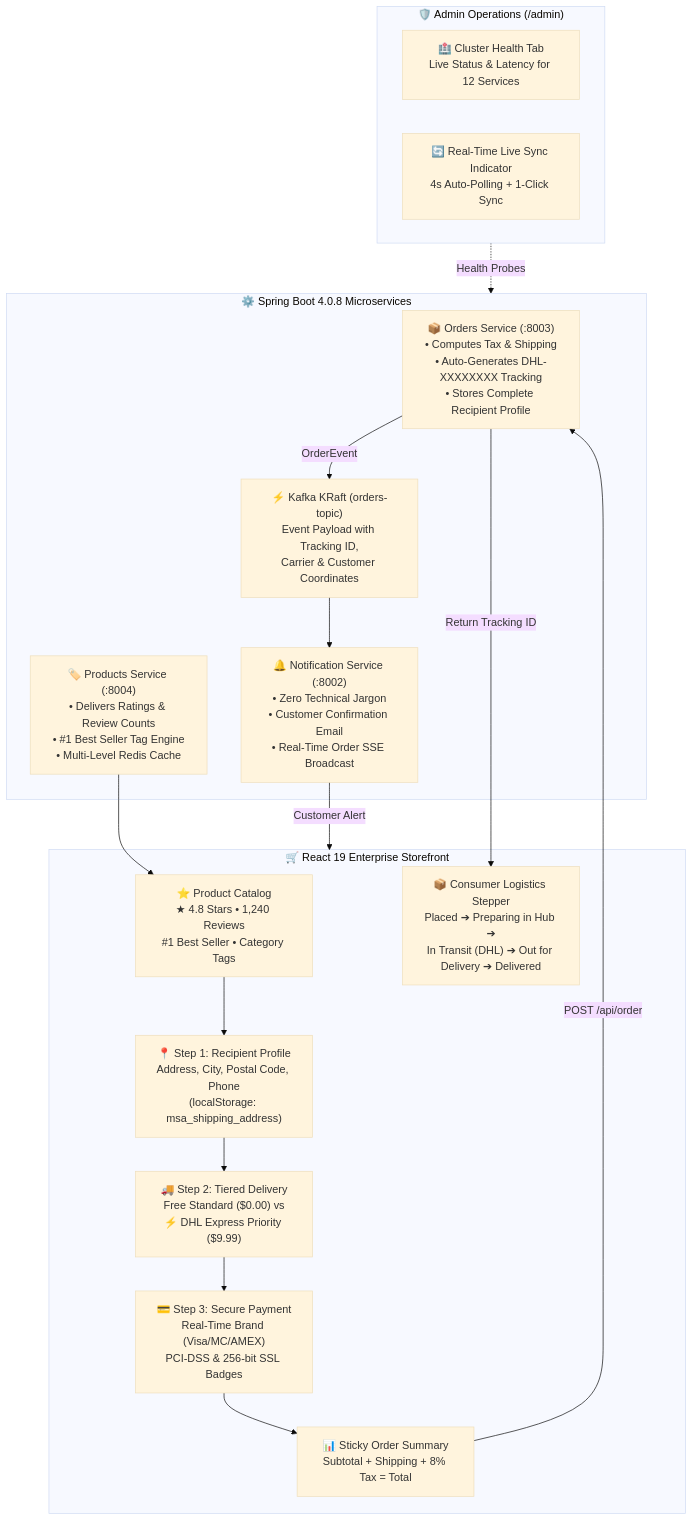
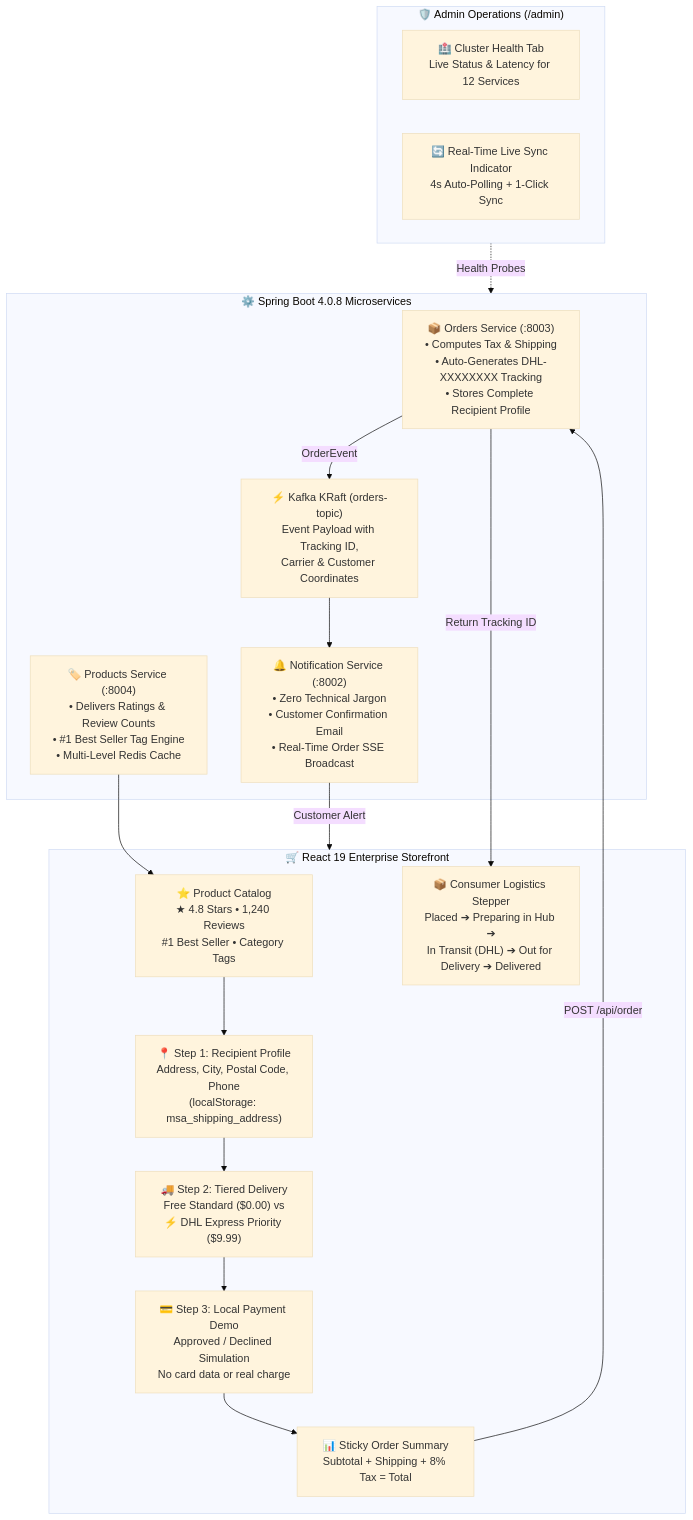
The fifth of 6 diagrams in docs/ARCHITECTURE.md (GeorgeGxx/microservices-architecture), drawn with Mermaid (base theme) before and after one commit. The commit also changed other lines of this file and 11 other files, not shown here.

Commit message:
docs(architecture): sync platform and 12-cluster topology

````diff
--- a/docs/ARCHITECTURE.md
+++ b/docs/ARCHITECTURE.md
@@ -374,35 +385,35 @@
 ```mermaid
 flowchart TD
     subgraph Storefront ["🛒 React 19 Enterprise Storefront"]
         Catalog["⭐ Product Catalog<br/>★ 4.8 Stars • 1,240 Reviews<br/>#1 Best Seller • Category Tags"]
         CheckoutStep1["📍 Step 1: Recipient Profile<br/>Address, City, Postal Code, Phone<br/>(localStorage: msa_shipping_address)"]
         CheckoutStep2["🚚 Step 2: Tiered Delivery<br/>Free Standard ($0.00) vs<br/>⚡ DHL Express Priority ($9.99)"]
-        CheckoutStep3["💳 Step 3: Secure Payment<br/>Real-Time Brand (Visa/MC/AMEX)<br/>PCI-DSS & 256-bit SSL Badges"]
+        CheckoutStep3["💳 Step 3: Local Payment Demo<br/>Approved / Declined Simulation<br/>No card data or real charge"]
         StickySummary["📊 Sticky Order Summary<br/>Subtotal + Shipping + 8% Tax = Total"]
         LogisticsStepper["📦 Consumer Logistics Stepper<br/>Placed ➔ Preparing in Hub ➔<br/>In Transit (DHL) ➔ Out for Delivery ➔ Delivered"]
     end
 
     subgraph BackendMS ["⚙️ Spring Boot 4.0.8 Microservices"]
         OrdersMS["📦 Orders Service (:8003)<br/>• Computes Tax & Shipping<br/>• Auto-Generates DHL-XXXXXXXX Tracking<br/>• Stores Complete Recipient Profile"]
         ProductsMS["🏷️ Products Service (:8004)<br/>• Delivers Ratings & Review Counts<br/>• #1 Best Seller Tag Engine<br/>• Multi-Level Redis Cache"]
         KafkaBus["⚡ Kafka KRaft (orders-topic)<br/>Event Payload with Tracking ID,<br/>Carrier & Customer Coordinates"]
         NotifMS["🔔 Notification Service (:8002)<br/>• Zero Technical Jargon<br/>• Customer Confirmation Email<br/>• Real-Time Order SSE Broadcast"]
     end
 
     subgraph AdminConsole ["🛡️ Admin Operations (/admin)"]
         ClusterTab["🏥 Cluster Health Tab<br/>Live Status & Latency for 12 Services"]
         LiveSync["🔄 Real-Time Live Sync Indicator<br/>4s Auto-Polling + 1-Click Sync"]
     end
 
     Catalog --> CheckoutStep1
     CheckoutStep1 --> CheckoutStep2
     CheckoutStep2 --> CheckoutStep3
     CheckoutStep3 --> StickySummary
     StickySummary -->|POST /api/order| OrdersMS
     OrdersMS -->|OrderEvent| KafkaBus
     KafkaBus --> NotifMS
     OrdersMS -->|Return Tracking ID| LogisticsStepper
     NotifMS -->|Customer Alert| Storefront
     ProductsMS --> Catalog
     AdminConsole -.->|Health Probes| BackendMS
 ```
````
